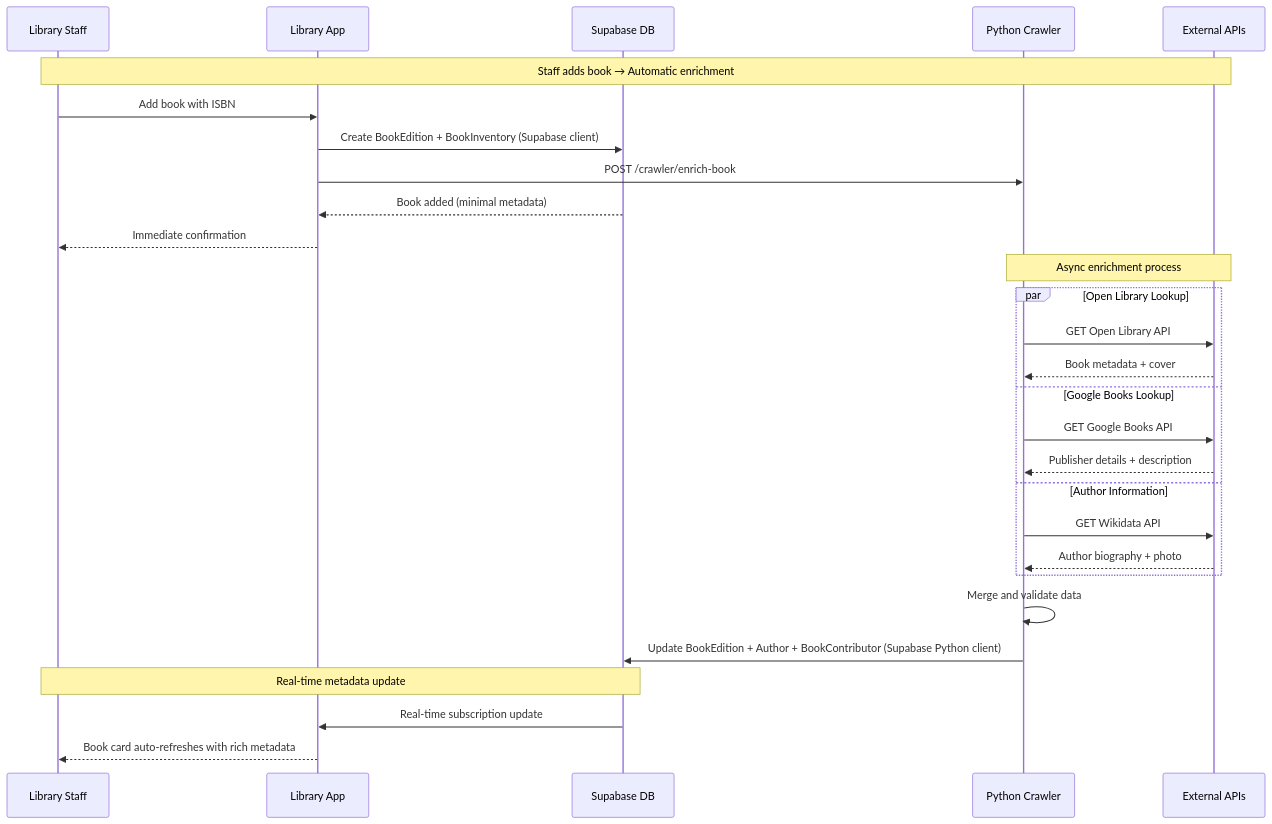
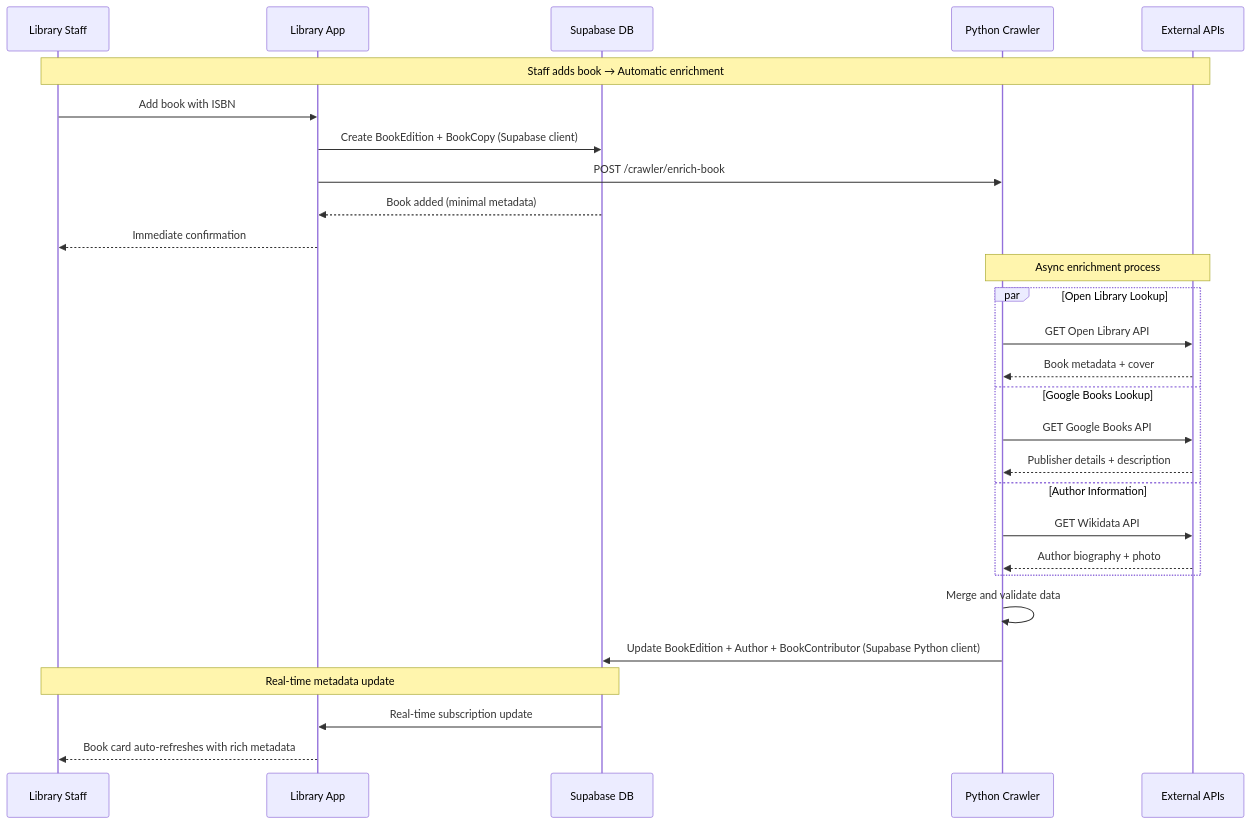
One commit to tronghieu/ezlib changed the second of 3 diagrams in docs/architecture/core-workflows.md. Above: the diagram before and after it, drawn with Mermaid. The commit also changed other lines of this file and 7 other files, not shown here.

First line of the commit message:
Update architecture documentation to monolithic NextJS 15.5.2 approach

````diff
--- a/docs/architecture/core-workflows.md
+++ b/docs/architecture/core-workflows.md
@@ -55,36 +55,36 @@
 ```mermaid
 sequenceDiagram
     participant LS as Library Staff
     participant LA as Library App
     participant DB as Supabase DB
     participant Crawler as Python Crawler
     participant ExtAPI as External APIs
 
     Note over LS,ExtAPI: Staff adds book → Automatic enrichment
 
     LS->>LA: Add book with ISBN
-    LA->>DB: Create BookEdition + BookInventory (Supabase client)
+    LA->>DB: Create BookEdition + BookCopy (Supabase client)
     LA->>Crawler: POST /crawler/enrich-book
     DB-->>LA: Book added (minimal metadata)
     LA-->>LS: Immediate confirmation
 
     Note over Crawler,ExtAPI: Async enrichment process
     
     par Open Library Lookup
         Crawler->>ExtAPI: GET Open Library API
         ExtAPI-->>Crawler: Book metadata + cover
     and Google Books Lookup
         Crawler->>ExtAPI: GET Google Books API  
         ExtAPI-->>Crawler: Publisher details + description
     and Author Information
         Crawler->>ExtAPI: GET Wikidata API
         ExtAPI-->>Crawler: Author biography + photo
     end
 
     Crawler->>Crawler: Merge and validate data
     Crawler->>DB: Update BookEdition + Author + BookContributor (Supabase Python client)
     
     Note over DB,LS: Real-time metadata update
     DB->>LA: Real-time subscription update
     LA-->>LS: Book card auto-refreshes with rich metadata
 ```
````
